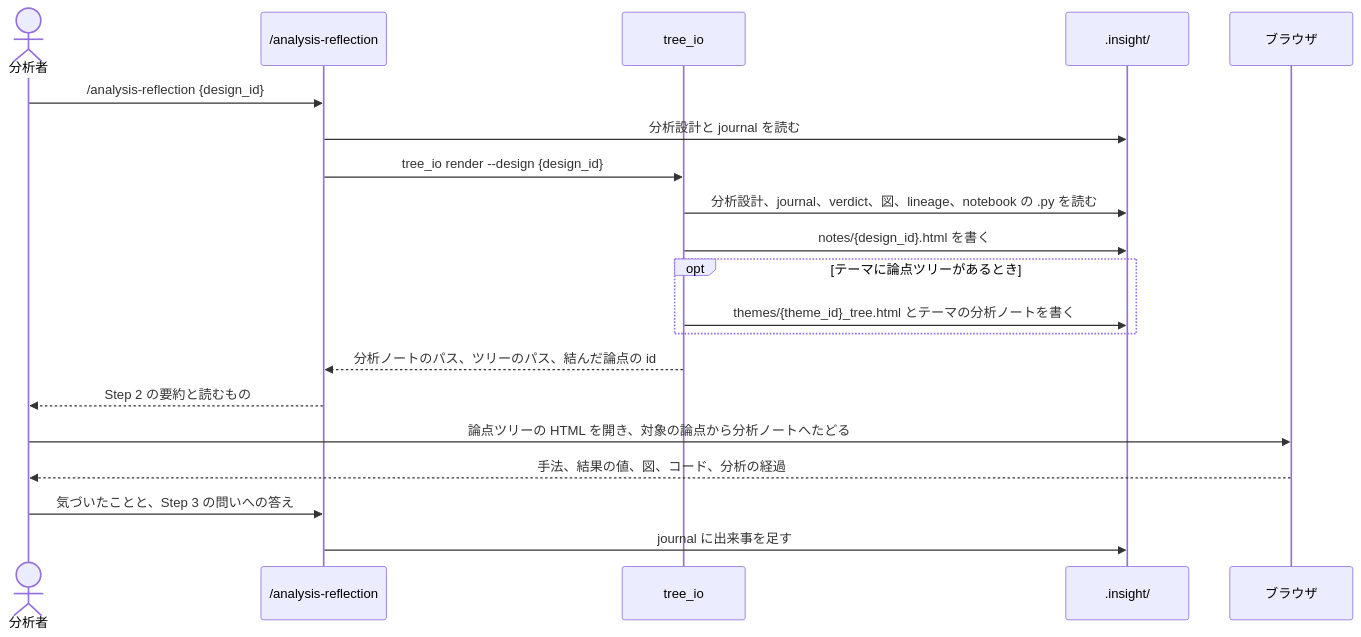
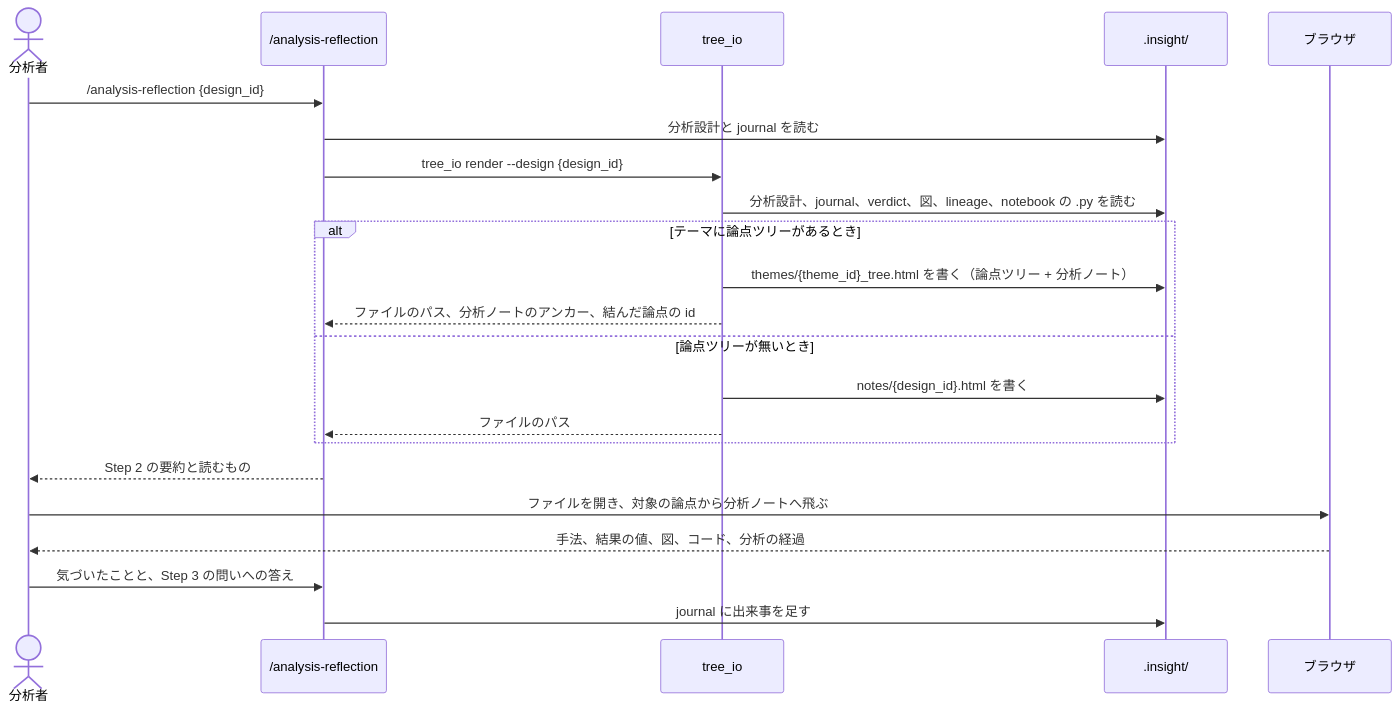
One commit to etoyama/insight-blueprint-skills changed the third of 4 diagrams in docs/design/epic-28-tree-entry-point.md. Above: the diagram before and after it, drawn with Mermaid. The commit also changed other lines of this file and 5 other files, not shown here.

````diff
--- a/docs/design/epic-28-tree-entry-point.md
+++ b/docs/design/epic-28-tree-entry-point.md
@@ -278,23 +309,25 @@
 ```mermaid
 sequenceDiagram
     actor A as 分析者
     participant R as /analysis-reflection
     participant T as tree_io
     participant FS as .insight/
     participant B as ブラウザ
 
     A->>R: /analysis-reflection {design_id}
     R->>FS: 分析設計と journal を読む
     R->>T: tree_io render --design {design_id}
     T->>FS: 分析設計、journal、verdict、図、lineage、notebook の .py を読む
-    T->>FS: notes/{design_id}.html を書く
-    opt テーマに論点ツリーがあるとき
-        T->>FS: themes/{theme_id}_tree.html とテーマの分析ノートを書く
+    alt テーマに論点ツリーがあるとき
+        T->>FS: themes/{theme_id}_tree.html を書く（論点ツリー + 分析ノート）
+        T-->>R: ファイルのパス、分析ノートのアンカー、結んだ論点の id
+    else 論点ツリーが無いとき
+        T->>FS: notes/{design_id}.html を書く
+        T-->>R: ファイルのパス
     end
-    T-->>R: 分析ノートのパス、ツリーのパス、結んだ論点の id
     R-->>A: Step 2 の要約と読むもの
-    A->>B: 論点ツリーの HTML を開き、対象の論点から分析ノートへたどる
+    A->>B: ファイルを開き、対象の論点から分析ノートへ飛ぶ
     B-->>A: 手法、結果の値、図、コード、分析の経過
     A->>R: 気づいたことと、Step 3 の問いへの答え
     R->>FS: journal に出来事を足す
 ```
````
